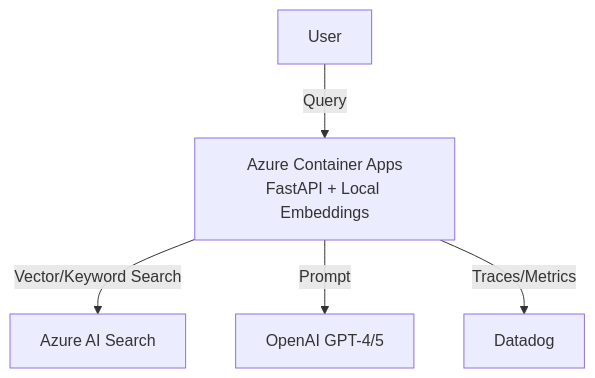
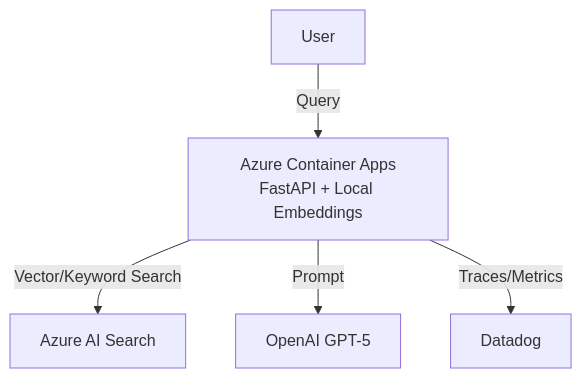
One commit to workHMZ/aca-ghcr-cicd-lab changed the diagram in README.md. Above: the diagram before and after it, drawn with Mermaid. The commit also changed other lines of this file, not shown here.

Commit message:
docs: update README to reflect changes in LLM version and enhance observability section with Datadog APM and DORA metrics

````diff
--- a/README.md
+++ b/README.md
@@ -41,7 +41,7 @@
 ```mermaid
 graph TD
     User -->|Query| ACA[Azure Container Apps<br>FastAPI + Local Embeddings]
     ACA -->|Vector/Keyword Search| Search[Azure AI Search]
-    ACA -->|Prompt| LLM[OpenAI GPT-4/5]
+    ACA -->|Prompt| LLM[OpenAI GPT-5]
     ACA -->|Traces/Metrics| DD[Datadog]
 ```
````
